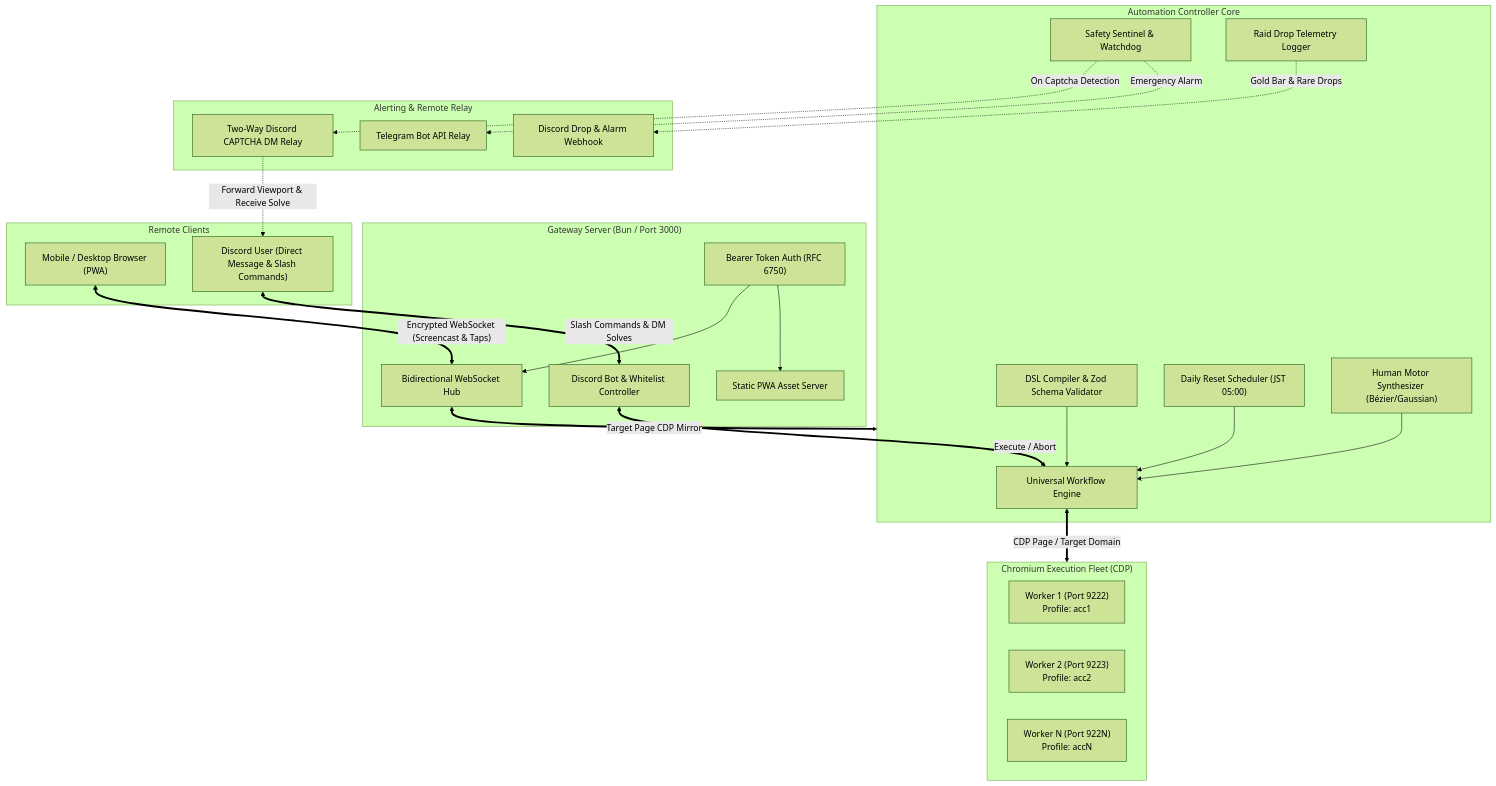
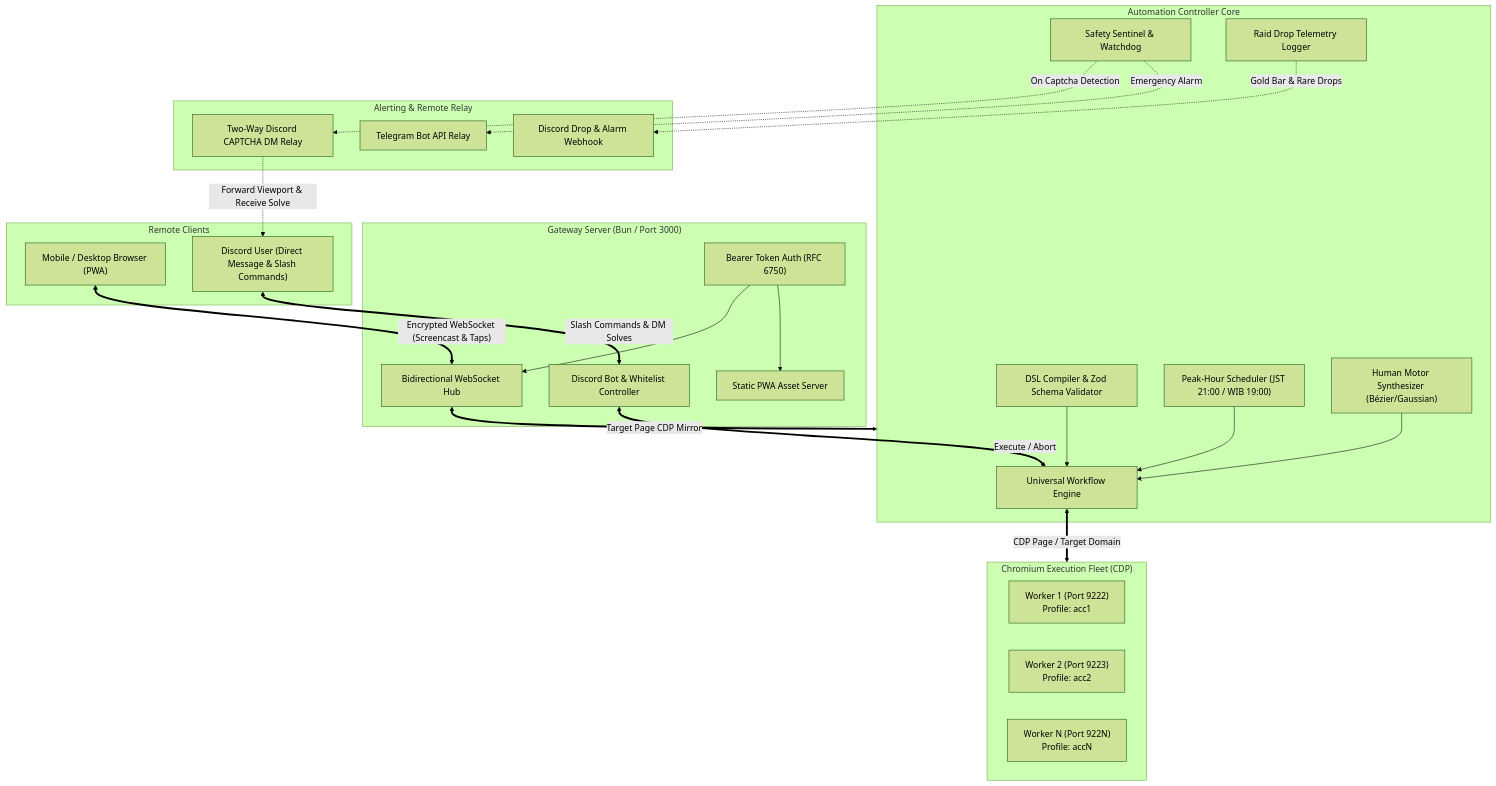
Before and after one commit to madacoda/guranburuing: the diagram in README.md, drawn with Mermaid (forest theme). The commit also changed other lines of this file and 7 other files, not shown here.

Commit message:
feat: update scheduler time to peakest hour

````diff
--- a/README.md
+++ b/README.md
@@ -70,50 +70,50 @@
 ```mermaid
 flowchart TB
     subgraph Client["Remote Clients"]
         Browser["Mobile / Desktop Browser (PWA)"]
         DiscordUser["Discord User (Direct Message & Slash Commands)"]
     end
 
     subgraph Gateway["Gateway Server (Bun / Port 3000)"]
         AuthGuard["Bearer Token Auth (RFC 6750)"]
         WSS["Bidirectional WebSocket Hub"]
         PWA["Static PWA Asset Server"]
         DiscordBot["Discord Bot & Whitelist Controller"]
         AuthGuard --> WSS
         AuthGuard --> PWA
     end
 
     subgraph Controller["Automation Controller Core"]
         Engine["Universal Workflow Engine"]
         DSL["DSL Compiler & Zod Schema Validator"]
         Sentinel["Safety Sentinel & Watchdog"]
         DropLogger["Raid Drop Telemetry Logger"]
-        Scheduler["Daily Reset Scheduler (JST 05:00)"]
+        Scheduler["Peak-Hour Scheduler (JST 21:00 / WIB 19:00)"]
         Motor["Human Motor Synthesizer (Bézier/Gaussian)"]
     end
 
     subgraph BrowserFleet["Chromium Execution Fleet (CDP)"]
         W1["Worker 1 (Port 9222)<br/>Profile: acc1"]
         W2["Worker 2 (Port 9223)<br/>Profile: acc2"]
         WN["Worker N (Port 922N)<br/>Profile: accN"]
     end
 
     subgraph Telemetry["Alerting & Remote Relay"]
         DiscordRelay["Two-Way Discord CAPTCHA DM Relay"]
         DiscordWebhook["Discord Drop & Alarm Webhook"]
         Telegram["Telegram Bot API Relay"]
     end
 
     Browser <==>|"Encrypted WebSocket (Screencast & Taps)"| WSS
     DiscordUser <==>|"Slash Commands & DM Solves"| DiscordBot
     DiscordBot <==>|"Execute / Abort"| Engine
     WSS <==>|"Target Page CDP Mirror"| Controller
     DSL --> Engine
     Motor --> Engine
     Scheduler --> Engine
     Engine <==>|"CDP Page / Target Domain"| BrowserFleet
     Sentinel -.->|"On Captcha Detection"| DiscordRelay
     DiscordRelay -.->|"Forward Viewport & Receive Solve"| DiscordUser
     Sentinel -.->|"Emergency Alarm"| Telegram
     DropLogger -.->|"Gold Bar & Rare Drops"| DiscordWebhook
 ```
````
